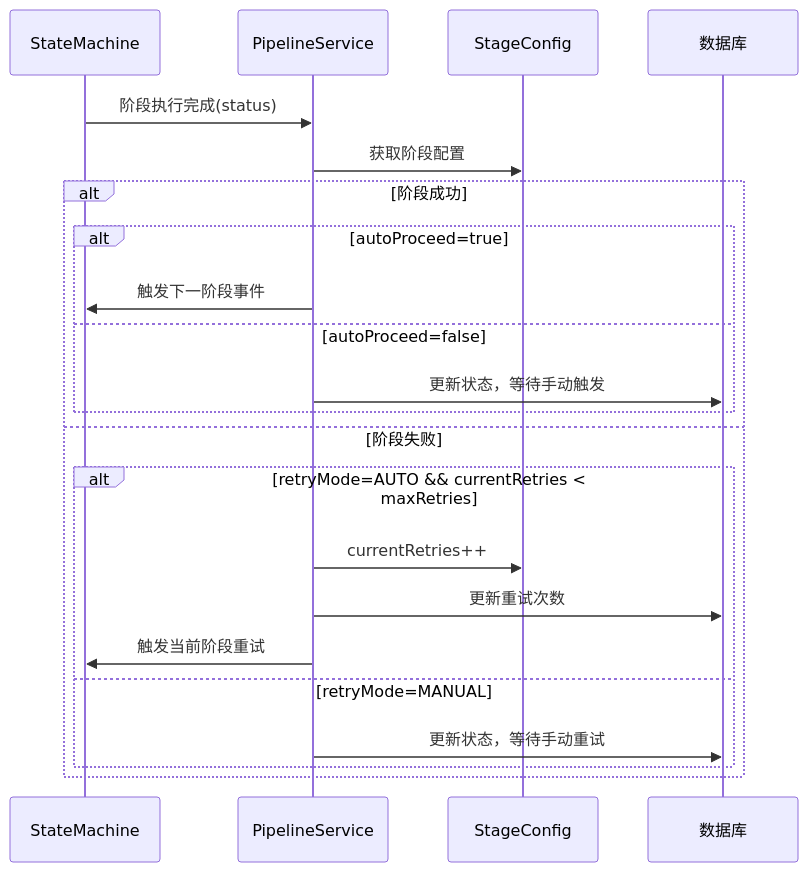
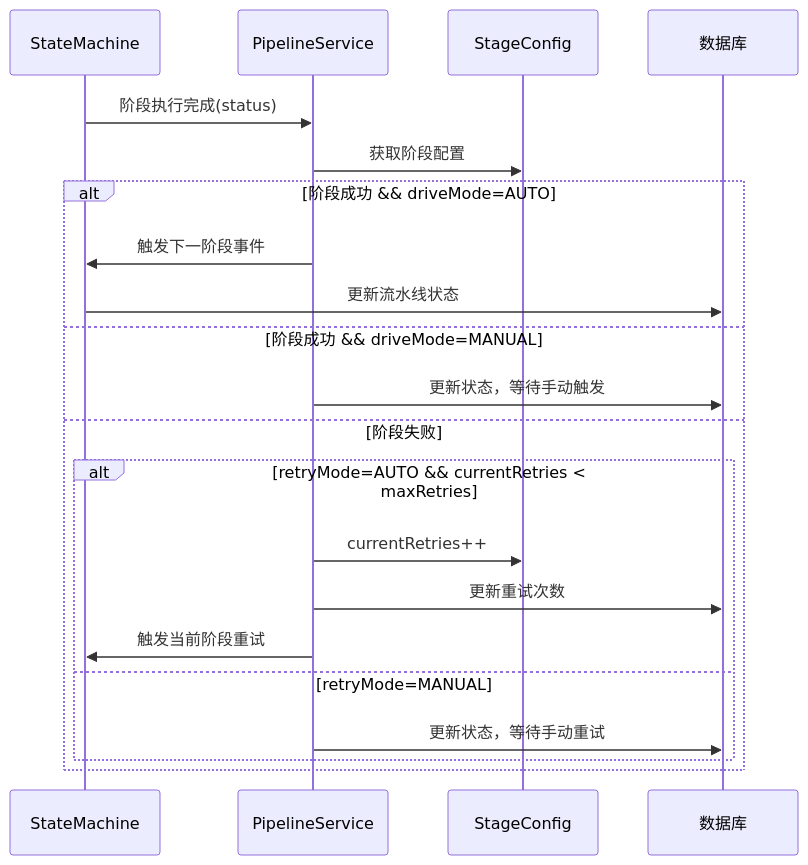
The seventh of 9 diagrams in docs/plans/procode-platform/lld/lld.md (qdw497874677/high-code-doc), drawn with Mermaid before and after one commit. The commit also changed other lines of this file and 1 other file, not shown here.

````diff
--- a/docs/plans/procode-platform/lld/lld.md
+++ b/docs/plans/procode-platform/lld/lld.md
@@ -317,26 +356,25 @@
 ```mermaid
 sequenceDiagram
     participant SM as StateMachine
     participant PS as PipelineService
     participant SC as StageConfig
     participant DB as 数据库
 
     SM->>PS: 阶段执行完成(status)
     PS->>SC: 获取阶段配置
     
-    alt 阶段成功
-        alt autoProceed=true
-            PS->>SM: 触发下一阶段事件
-        else autoProceed=false
-            PS->>DB: 更新状态，等待手动触发
-        end
+    alt 阶段成功 && driveMode=AUTO
+        PS->>SM: 触发下一阶段事件
+        SM->>DB: 更新流水线状态
+    else 阶段成功 && driveMode=MANUAL
+        PS->>DB: 更新状态，等待手动触发
     else 阶段失败
         alt retryMode=AUTO && currentRetries < maxRetries
             PS->>SC: currentRetries++
             PS->>DB: 更新重试次数
             PS->>SM: 触发当前阶段重试
         else retryMode=MANUAL
             PS->>DB: 更新状态，等待手动重试
         end
     end
 ```
````
